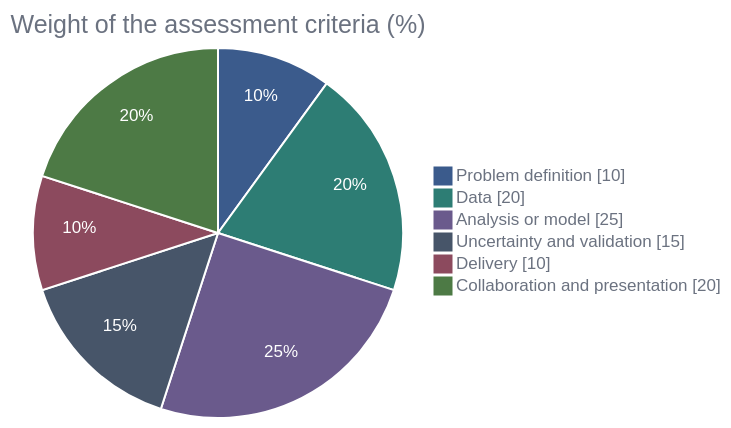
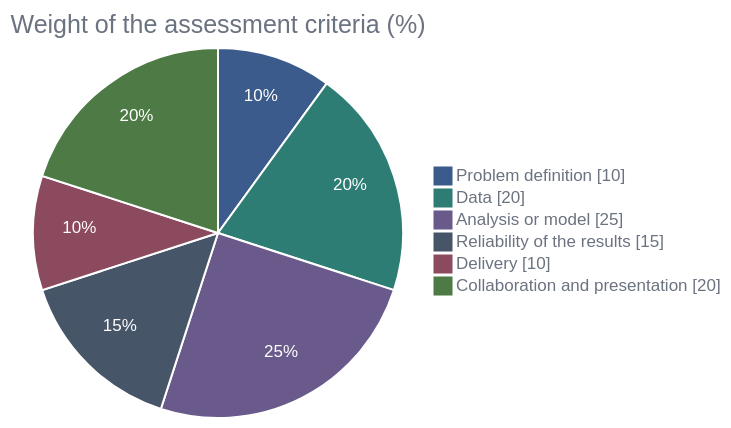
The third of 3 diagrams in proposal/CURRICULUM.md (khoadaniel/statistical-programming-mpmd-htw-ws-2026), drawn with Mermaid before and after one commit. The commit also changed other lines of this file and 1 other file, not shown here.

````diff
--- a/proposal/CURRICULUM.md
+++ b/proposal/CURRICULUM.md
@@ -875,27 +873,27 @@
 ```mermaid
 ---
 config:
   theme: base
   themeVariables:
       pie1: "#3b5b8c"
       pie2: "#2d7d74"
       pie3: "#6a5a8c"
       pie4: "#475569"
       pie5: "#8c4a5e"
       pie6: "#4d7a45"
       pieSectionTextColor: "#ffffff"
       pieLegendTextColor: "#6b7280"
       pieTitleTextColor: "#6b7280"
       pieStrokeColor: "#ffffff"
       pieOuterStrokeWidth: "0px"
       pieOpacity: "1"
 ---
 pie showData
   title Weight of the assessment criteria (%)
   "Problem definition" : 10
   "Data" : 20
   "Analysis or model" : 25
-  "Uncertainty and validation" : 15
+  "Reliability of the results" : 15
   "Delivery" : 10
   "Collaboration and presentation" : 20
 ```
````
